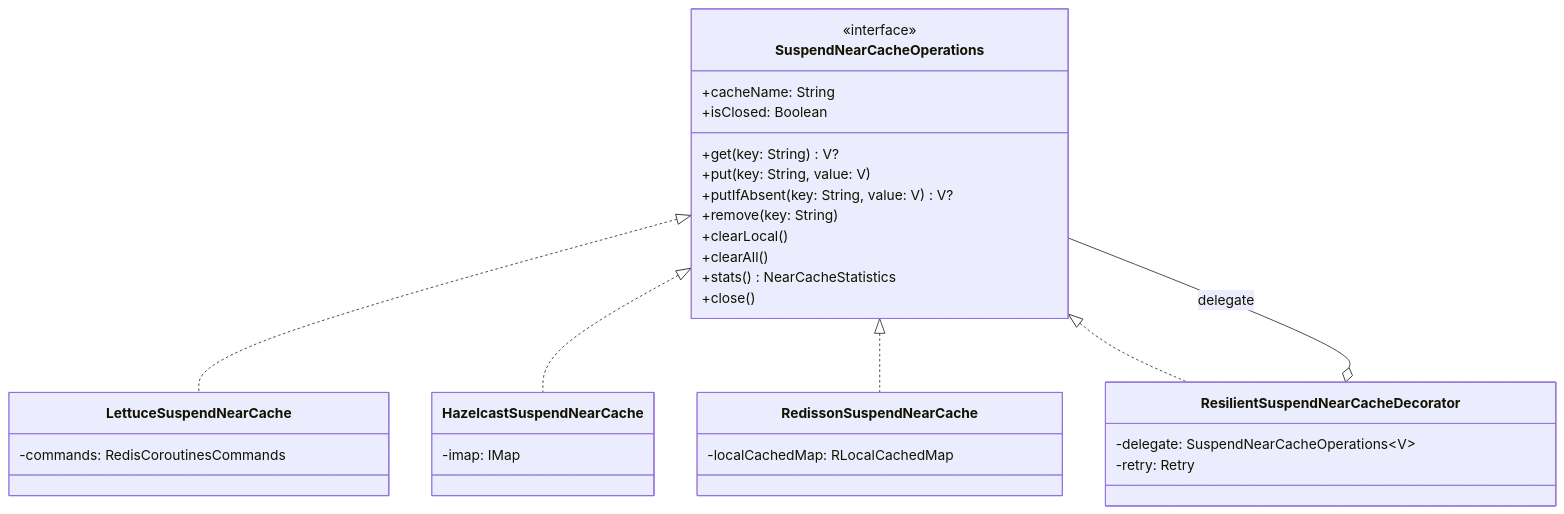
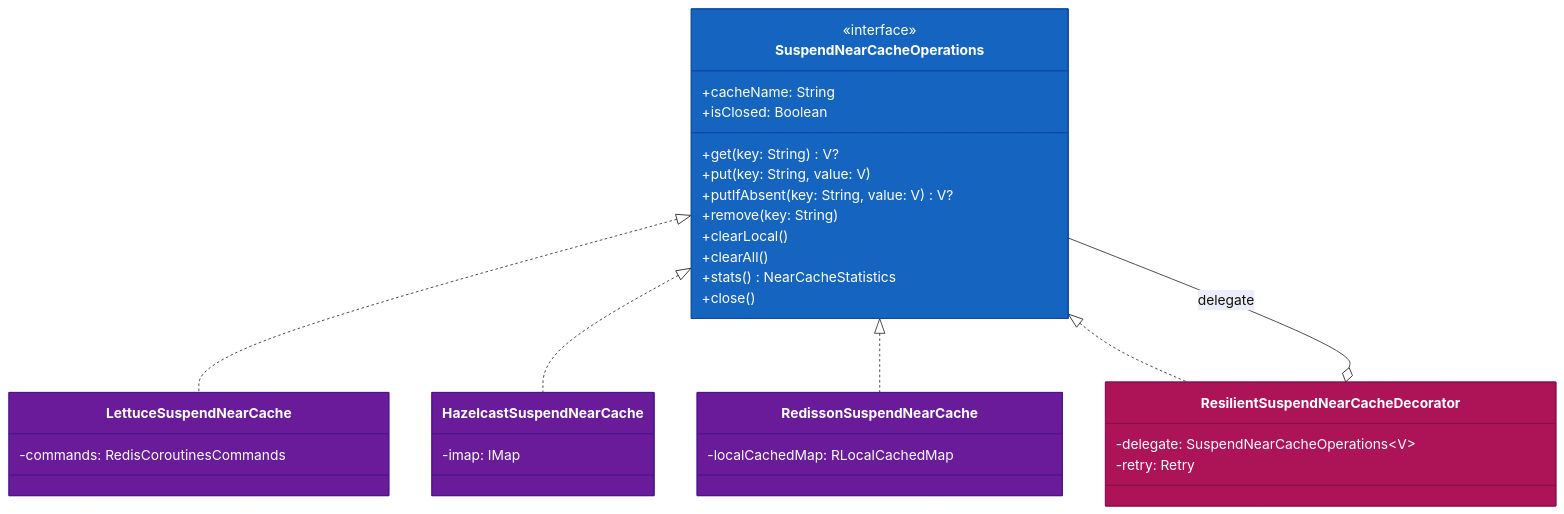
The fourth of 7 diagrams in infra/cache-core/README.ko.md (bluetape4k/bluetape4k-projects), drawn with Mermaid before and after one commit. The commit also changed other lines of this file and 221 other files, not shown here.

First line of the commit message:
docs: 전체 모듈 README UML 다이어그램 보강 및 색상 업그레이드

````diff
--- a/infra/cache-core/README.ko.md
+++ b/infra/cache-core/README.ko.md
@@ -148,40 +167,46 @@
 ```mermaid
 classDiagram
     class SuspendNearCacheOperations {
         <<interface>>
         +cacheName: String
         +isClosed: Boolean
         +get(key: String) V?
         +put(key: String, value: V)
         +putIfAbsent(key: String, value: V) V?
         +remove(key: String)
         +clearLocal()
         +clearAll()
         +stats() NearCacheStatistics
         +close()
     }
 
     class ResilientSuspendNearCacheDecorator {
         -delegate: SuspendNearCacheOperations~V~
         -retry: Retry
     }
 
     class LettuceSuspendNearCache {
         -commands: RedisCoroutinesCommands
     }
 
     class HazelcastSuspendNearCache {
         -imap: IMap
     }
 
     class RedissonSuspendNearCache {
         -localCachedMap: RLocalCachedMap
     }
 
     SuspendNearCacheOperations <|.. LettuceSuspendNearCache
     SuspendNearCacheOperations <|.. HazelcastSuspendNearCache
     SuspendNearCacheOperations <|.. RedissonSuspendNearCache
     SuspendNearCacheOperations <|.. ResilientSuspendNearCacheDecorator
     SuspendNearCacheOperations --o ResilientSuspendNearCacheDecorator : delegate
 
+    style SuspendNearCacheOperations fill:#1565C0,stroke:#0D47A1,color:#FFFFFF
+    style ResilientSuspendNearCacheDecorator fill:#AD1457,stroke:#880E4F,color:#FFFFFF
+    style LettuceSuspendNearCache fill:#6A1B9A,stroke:#4A148C,color:#FFFFFF
+    style HazelcastSuspendNearCache fill:#6A1B9A,stroke:#4A148C,color:#FFFFFF
+    style RedissonSuspendNearCache fill:#6A1B9A,stroke:#4A148C,color:#FFFFFF
+
 ```
````
